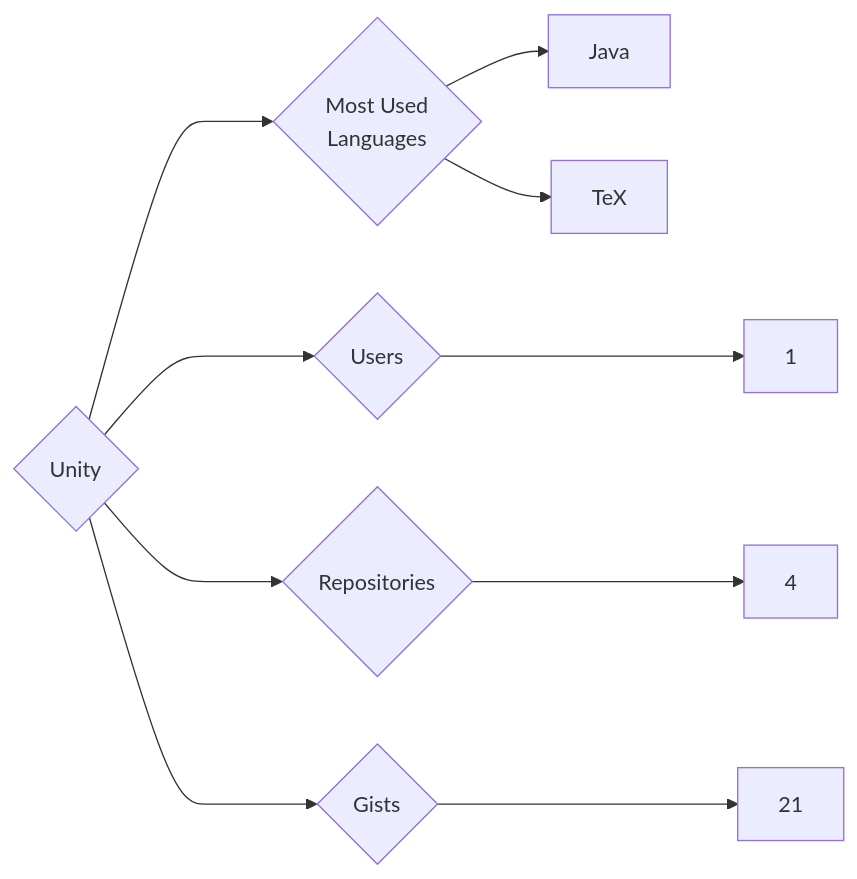
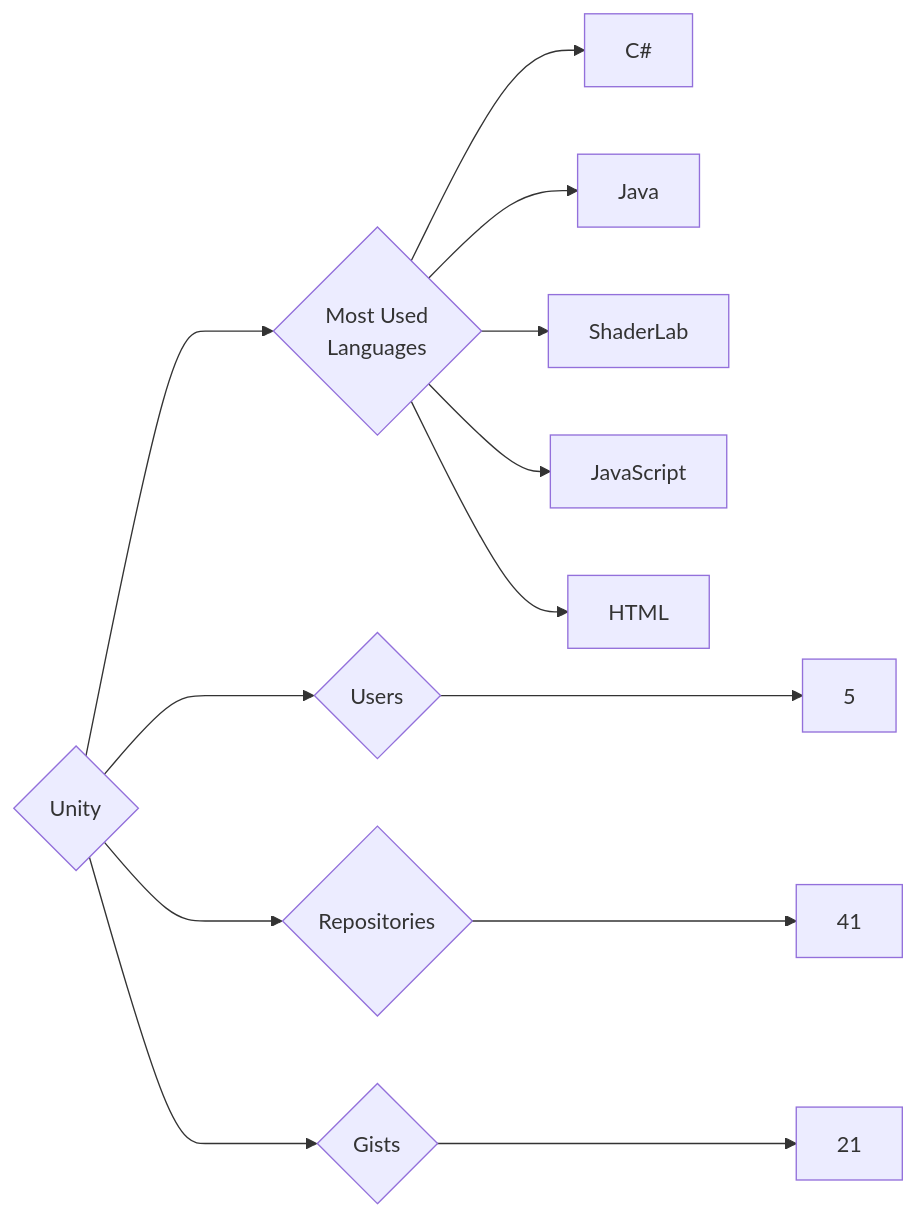
Before and after one commit to trickest/insiders: the diagram in targets/Unity/README.md, drawn with Mermaid. The commit also changed 976 other files, not shown here.

````diff
--- a/targets/Unity/README.md
+++ b/targets/Unity/README.md
@@ -3,10 +3,13 @@
 ```mermaid
 graph LR
 COMPANY_NAME{Unity}
-COMPANY_NAME ---> U{Users} ---> UN[1]
-COMPANY_NAME ---> R{Repositories} ---> RN[4]
+COMPANY_NAME ---> U{Users} ---> UN[5]
+COMPANY_NAME ---> R{Repositories} ---> RN[41]
 COMPANY_NAME ---> G{Gists} ---> GN[21]
 COMPANY_NAME ---> ML{Most Used<br>Languages}
+ML --> C#[C#]
 ML --> Java[Java]
-ML --> TeX[TeX]
+ML --> ShaderLab[ShaderLab]
+ML --> JavaScript[JavaScript]
+ML --> HTML[HTML]
 ```
````
